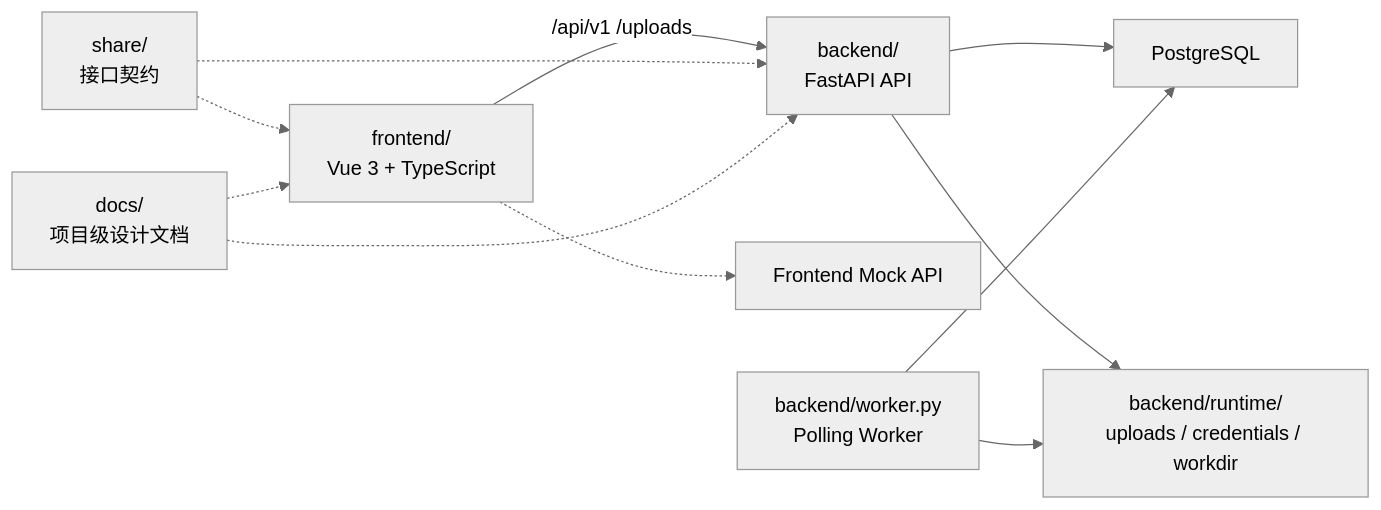
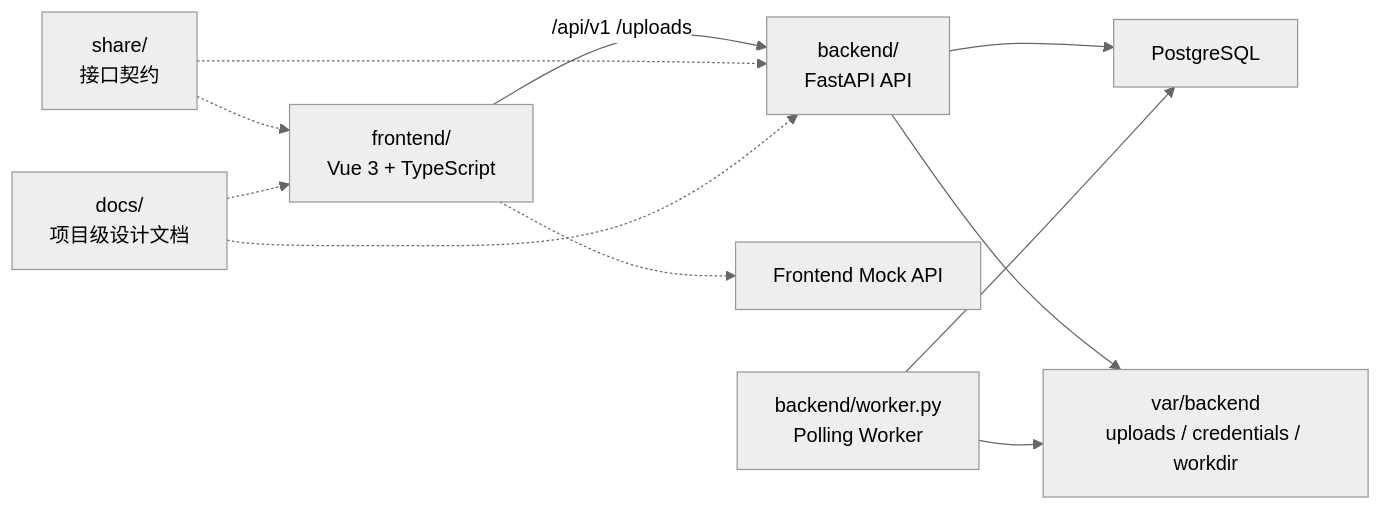
One commit to JToday666/agent_security_platform changed the diagram in README.md. Above: the diagram before and after it, drawn with Mermaid (neutral theme). The commit also changed other lines of this file and 178 other files, not shown here.

````diff
--- a/README.md
+++ b/README.md
@@ -65,13 +65,13 @@
 ```mermaid
 flowchart LR
     FE["frontend/<br/>Vue 3 + TypeScript"] -->|"/api/v1 /uploads"| BE["backend/<br/>FastAPI API"]
     FE -.-> MOCK["Frontend Mock API"]
     BE --> DB["PostgreSQL"]
-    BE --> RT["backend/runtime/<br/>uploads / credentials / workdir"]
+    BE --> RT["var/backend<br/>uploads / credentials / workdir"]
     WK["backend/worker.py<br/>Polling Worker"] --> DB
     WK --> RT
     CONTRACT["share/<br/>接口契约"] -.-> FE
     CONTRACT -.-> BE
     DOCS["docs/<br/>项目级设计文档"] -.-> FE
     DOCS -.-> BE
 ```
````
